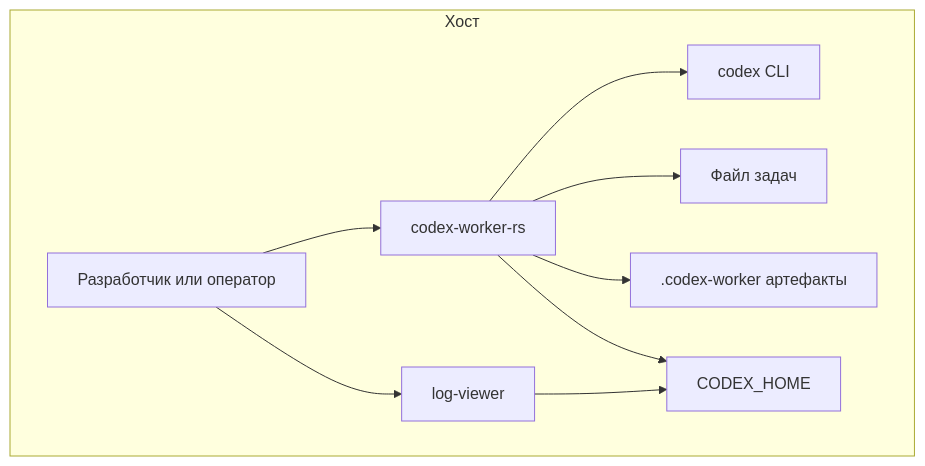
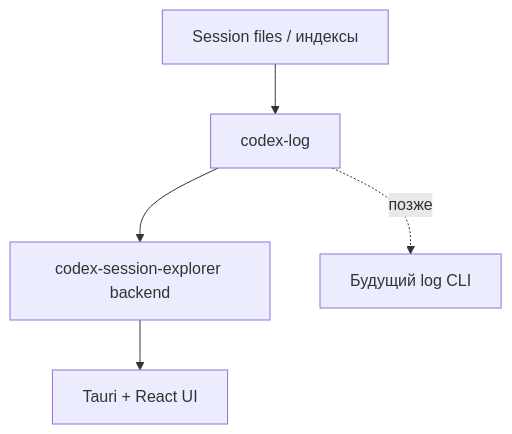
One commit to alkoleft/codex-session-view changed the second of 2 diagrams in docs/architecture/arc42/architecture.md. Above: the diagram before and after it, drawn with Mermaid. The commit also changed other lines of this file and 131 other files, not shown here.

Commit message:
Rename log-viewer to codex-session-explorer

````diff
--- a/docs/architecture/arc42/architecture.md
+++ b/docs/architecture/arc42/architecture.md
@@ -371,20 +60,7 @@
 ```mermaid
-flowchart TB
-    subgraph Хост
-        OP[Разработчик или оператор]
-        WK[codex-worker-rs]
-        VW[log-viewer]
-        CX[codex CLI]
-        TF[Файл задач]
-        ART[.codex-worker артефакты]
-        CH[CODEX_HOME]
-    end
-
-    OP --> WK
-    OP --> VW
-    WK --> CX
-    WK --> TF
-    WK --> ART
-    WK --> CH
-    VW --> CH
+flowchart TD
+    FS[Session files / индексы] --> LOG[codex-log]
+    LOG --> VIEW[codex-session-explorer backend]
+    VIEW --> UI[Tauri + React UI]
+    LOG -. позже .-> CLI[Будущий log CLI]
 ```
````
